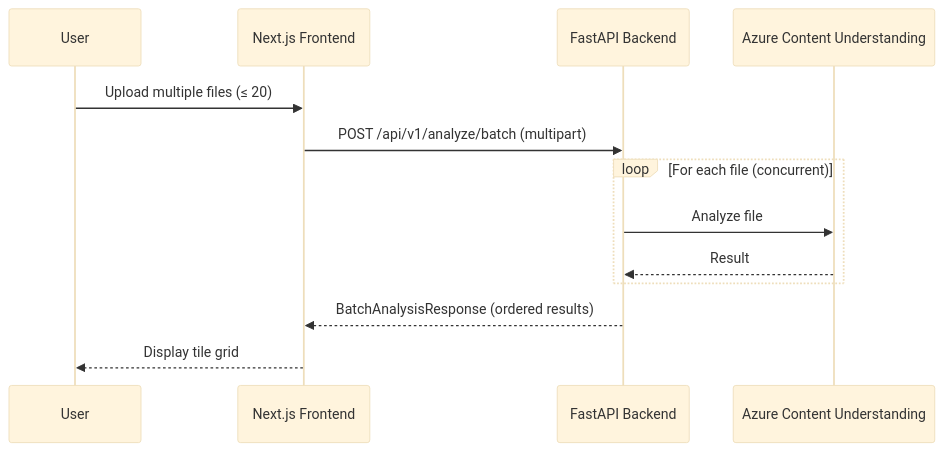
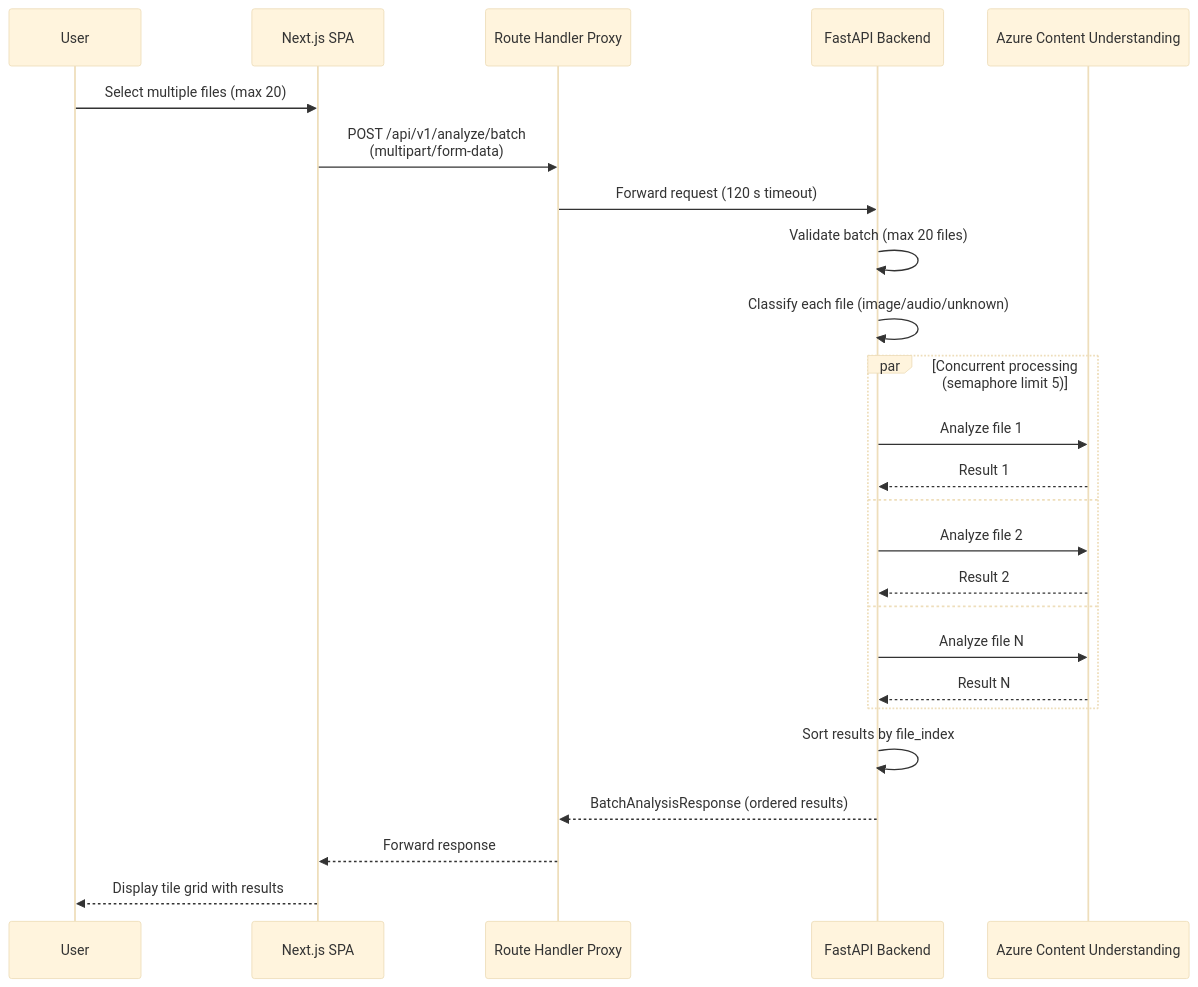
The third of 4 diagrams in docs/architecture/data-flow.md (makautzn/metadata-generator), drawn with Mermaid (base theme) before and after one commit. The commit also changed other lines of this file and 19 other files, not shown here.

````diff
--- a/docs/architecture/data-flow.md
+++ b/docs/architecture/data-flow.md
@@ -23,16 +71,30 @@
 ```mermaid
 sequenceDiagram
     participant User
-    participant Frontend as Next.js Frontend
+    participant Browser as Next.js SPA
+    participant Proxy as Route Handler Proxy
     participant API as FastAPI Backend
     participant CU as Azure Content Understanding
 
-    User->>Frontend: Upload multiple files (≤ 20)
-    Frontend->>API: POST /api/v1/analyze/batch (multipart)
-    loop For each file (concurrent)
-        API->>CU: Analyze file
-        CU-->>API: Result
+    User->>Browser: Select multiple files (max 20)
+    Browser->>Proxy: POST /api/v1/analyze/batch<br/>(multipart/form-data)
+    Proxy->>API: Forward request (120 s timeout)
+    API->>API: Validate batch (max 20 files)
+    API->>API: Classify each file (image/audio/unknown)
+
+    par Concurrent processing (semaphore limit 5)
+        API->>CU: Analyze file 1
+        CU-->>API: Result 1
+    and
+        API->>CU: Analyze file 2
+        CU-->>API: Result 2
+    and
+        API->>CU: Analyze file N
+        CU-->>API: Result N
     end
-    API-->>Frontend: BatchAnalysisResponse (ordered results)
-    Frontend-->>User: Display tile grid
+
+    API->>API: Sort results by file_index
+    API-->>Proxy: BatchAnalysisResponse (ordered results)
+    Proxy-->>Browser: Forward response
+    Browser-->>User: Display tile grid with results
 ```
````
